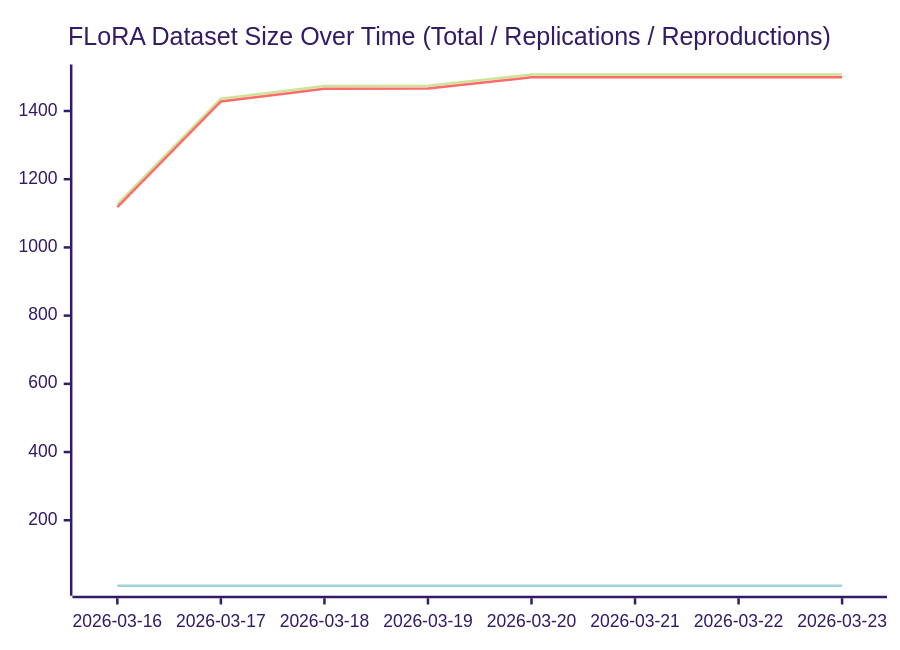
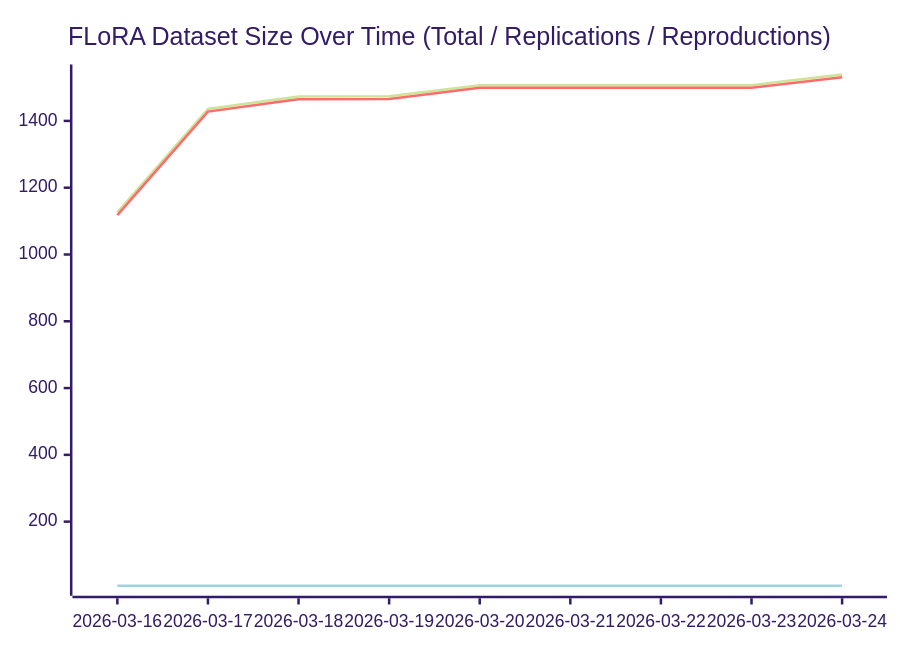
The diagram in README.md (forrtproject/fred-data), drawn with Mermaid (forest theme) before and after one commit. The commit also changed other lines of this file, not shown here.

Commit message:
Update flora.csv [automated]

````diff
--- a/README.md
+++ b/README.md
@@ -441,8 +441,8 @@
 ```mermaid
 xychart-beta
     title "FLoRA Dataset Size Over Time (Total / Replications / Reproductions)"
-    x-axis ["2026-03-16", "2026-03-17", "2026-03-18", "2026-03-19", "2026-03-20", "2026-03-21", "2026-03-22", "2026-03-23"]
-    line [1126, 1436, 1473, 1474, 1507, 1507, 1507, 1507]
-    line [1118, 1428, 1465, 1466, 1499, 1499, 1499, 1499]
-    line [8, 8, 8, 8, 8, 8, 8, 8]
+    x-axis ["2026-03-16", "2026-03-17", "2026-03-18", "2026-03-19", "2026-03-20", "2026-03-21", "2026-03-22", "2026-03-23", "2026-03-24"]
+    line [1126, 1436, 1473, 1474, 1507, 1507, 1507, 1507, 1539]
+    line [1118, 1428, 1465, 1466, 1499, 1499, 1499, 1499, 1531]
+    line [8, 8, 8, 8, 8, 8, 8, 8, 8]
 ```
````
